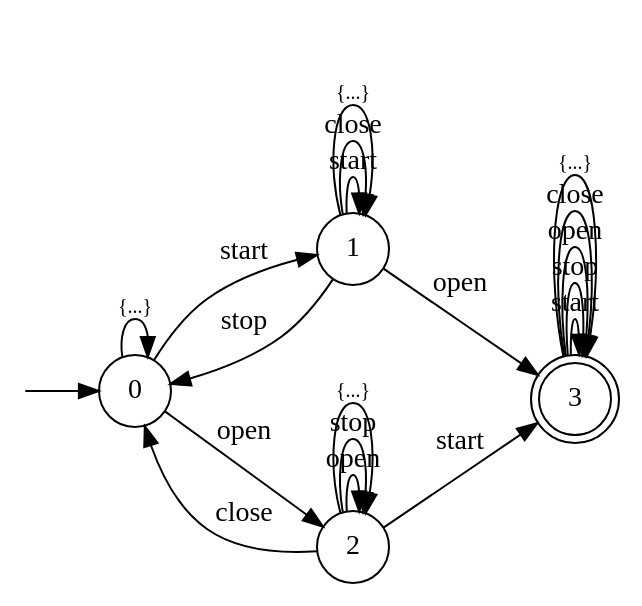
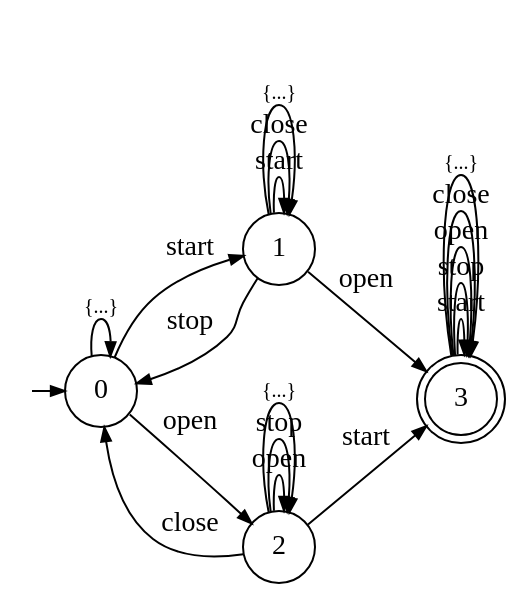
The diagram in writing/src/2-framework/images/tester-automaton.dot (blambeau/phd), drawn with Graphviz before and after one commit. The commit also changed 29 other files, not shown here.

```diff
--- a/writing/src/2-framework/images/tester-automaton.dot
+++ b/writing/src/2-framework/images/tester-automaton.dot
@@ -1,28 +1,33 @@
 digraph G {
-  graph [rankdir="LR"];
-  node [color="black" fillcolor="white" shape="circle" style="filled"]
-  zz [label="" color="white" fillcolor="white" shape="circle" style="filled" fixedsize=true width=0.0];
+  graph [pack=true rankdir=LR ranksep=0 margin=0];
+  node [shape=circle color=black width=0.5 height=0.5 fixedsize=true]
+  edge [arrowsize=0.7]
+
+  zz [label="" color="white" fillcolor="white" shape="circle" style="filled" 
+      width=0.05 height=0.05 fixedsize=true ];
+  zz -> 0 [label=""];
+
   0 [];
   1 [];
   2 [];
   3 [shape="doublecircle"];
-  zz -> 0 [label=""];
+
   0 -> 1 [label="start"];
   1 -> 0 [label="stop"];
   1 -> 1 [label="start"];
   1 -> 1 [label="close"];
   0 -> 2 [label="open"];
   2 -> 0 [label="close"];
   2 -> 2 [label="open"];
   2 -> 2 [label="stop"];
   1 -> 3 [label="open"];
   2 -> 3 [label="start"];
   3 -> 3 [label="start"];
   3 -> 3 [label="stop"];
   3 -> 3 [label="open"];
   3 -> 3 [label="close"];
   0 -> 0 [label="{...}" fontname="italic" fontsize=10];
   1 -> 1 [label="{...}" fontname="italic" fontsize=10];
   2 -> 2 [label="{...}" fontname="italic" fontsize=10];
   3 -> 3 [label="{...}" fontname="italic" fontsize=10];
 }
```
